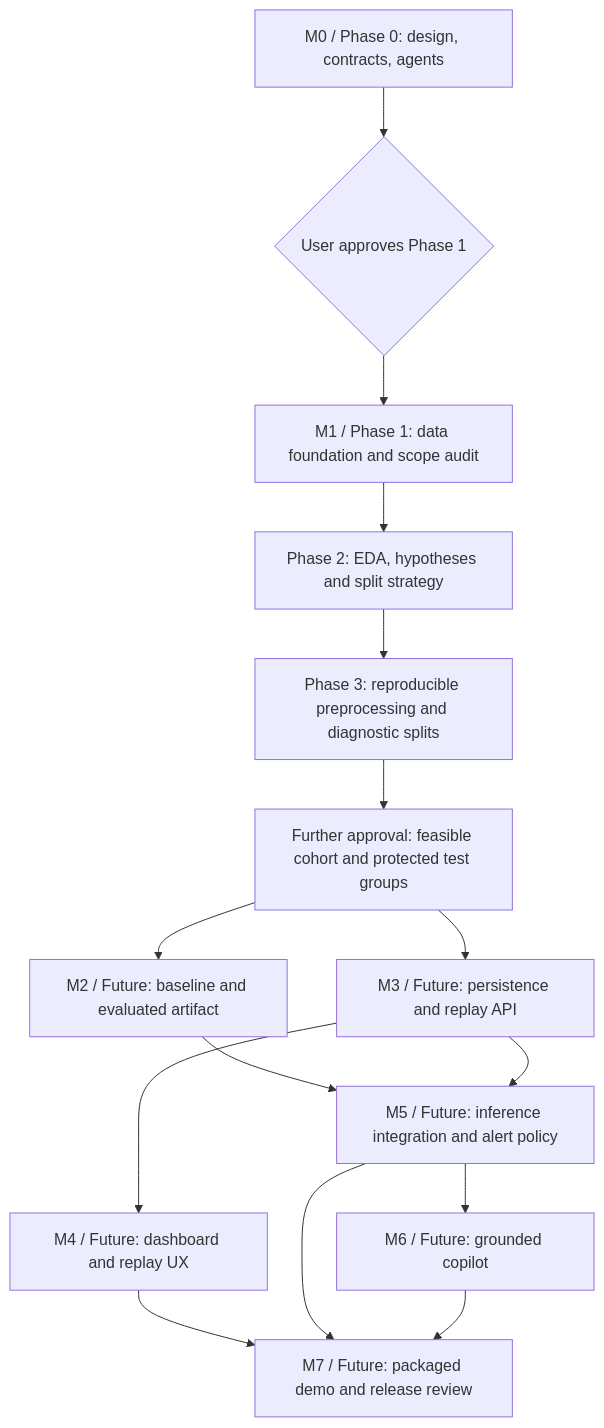
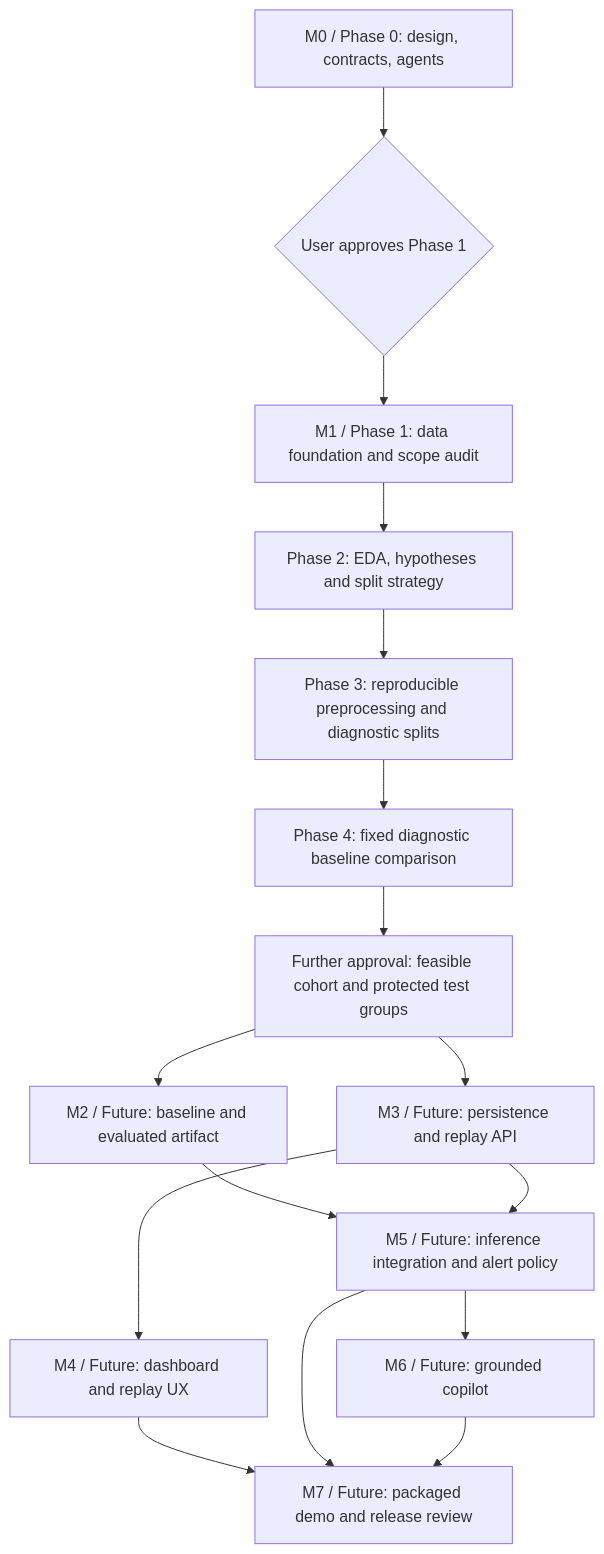
One commit to MereyIssenbay/oilwell-ai changed the diagram in docs/ROADMAP.md. Above: the diagram before and after it, drawn with Mermaid. The commit also changed other lines of this file and 25 other files, not shown here.

````diff
--- a/docs/ROADMAP.md
+++ b/docs/ROADMAP.md
@@ -13,17 +15,18 @@
 ```mermaid
 flowchart TD
     M0["M0 / Phase 0: design, contracts, agents"] --> G1{"User approves Phase 1"}
     G1 --> M1["M1 / Phase 1: data foundation and scope audit"]
     M1 --> E2["Phase 2: EDA, hypotheses and split strategy"]
     E2 --> P3["Phase 3: reproducible preprocessing and diagnostic splits"]
-    P3 --> COHORT["Further approval: feasible cohort and protected test groups"]
+    P3 --> B4["Phase 4: fixed diagnostic baseline comparison"]
+    B4 --> COHORT["Further approval: feasible cohort and protected test groups"]
     COHORT --> M2["M2 / Future: baseline and evaluated artifact"]
     COHORT --> M3["M3 / Future: persistence and replay API"]
     M3 --> M4["M4 / Future: dashboard and replay UX"]
     M2 --> M5["M5 / Future: inference integration and alert policy"]
     M3 --> M5
     M5 --> M6["M6 / Future: grounded copilot"]
     M4 --> M7["M7 / Future: packaged demo and release review"]
     M5 --> M7
     M6 --> M7
 ```
````
